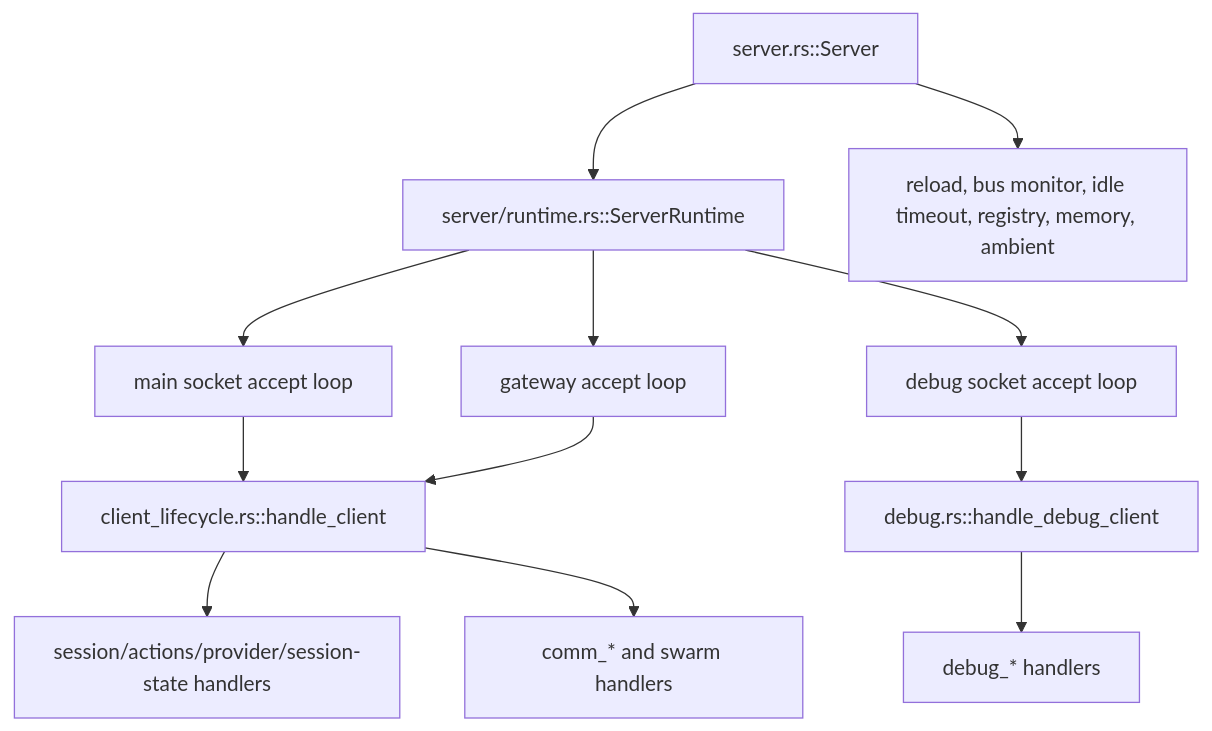
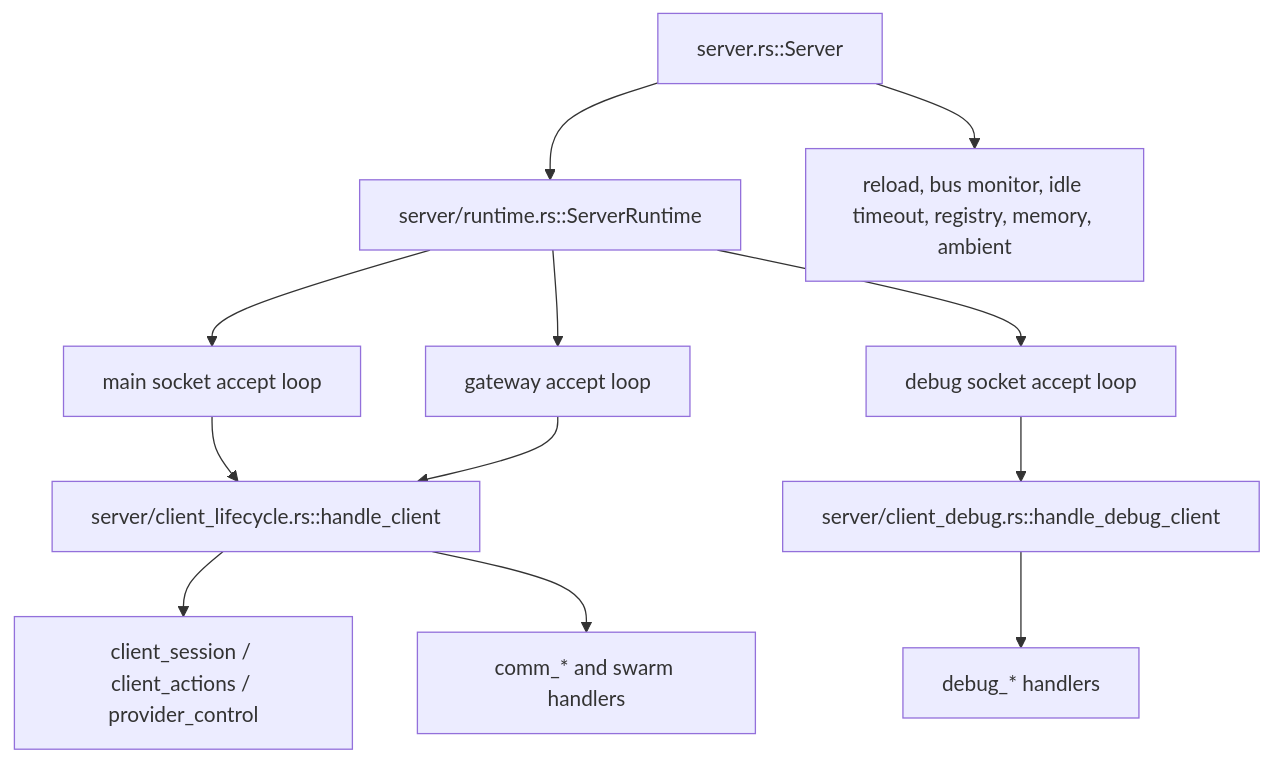
The first of 2 diagrams in docs/plans/SERVER_SERVICE_SPLIT_PLAN.md (vpelikh/jcode), drawn with Mermaid before and after one commit. The commit also changed other lines of this file and 9 other files, not shown here.

First line of the commit message:
refactor(server): introduce service-handle structs and wire ServerRuntime

````diff
--- a/docs/plans/SERVER_SERVICE_SPLIT_PLAN.md
+++ b/docs/plans/SERVER_SERVICE_SPLIT_PLAN.md
@@ -51,16 +67,16 @@
 ```mermaid
 flowchart TD
   Server[server.rs::Server] --> Runtime[server/runtime.rs::ServerRuntime]
   Runtime --> MainAccept[main socket accept loop]
   Runtime --> DebugAccept[debug socket accept loop]
   Runtime --> GatewayAccept[gateway accept loop]
 
-  MainAccept --> ClientLifecycle[client_lifecycle.rs::handle_client]
-  DebugAccept --> DebugRouter[debug.rs::handle_debug_client]
+  MainAccept --> ClientLifecycle[server/client_lifecycle.rs::handle_client]
+  DebugAccept --> DebugRouter[server/client_debug.rs::handle_debug_client]
   GatewayAccept --> ClientLifecycle
 
   Server --> Maintenance[reload, bus monitor, idle timeout, registry, memory, ambient]
-  ClientLifecycle --> SessionModules[session/actions/provider/session-state handlers]
+  ClientLifecycle --> SessionModules[client_session / client_actions / provider_control]
   ClientLifecycle --> SwarmModules[comm_* and swarm handlers]
   DebugRouter --> DebugModules[debug_* handlers]
 ```
````
